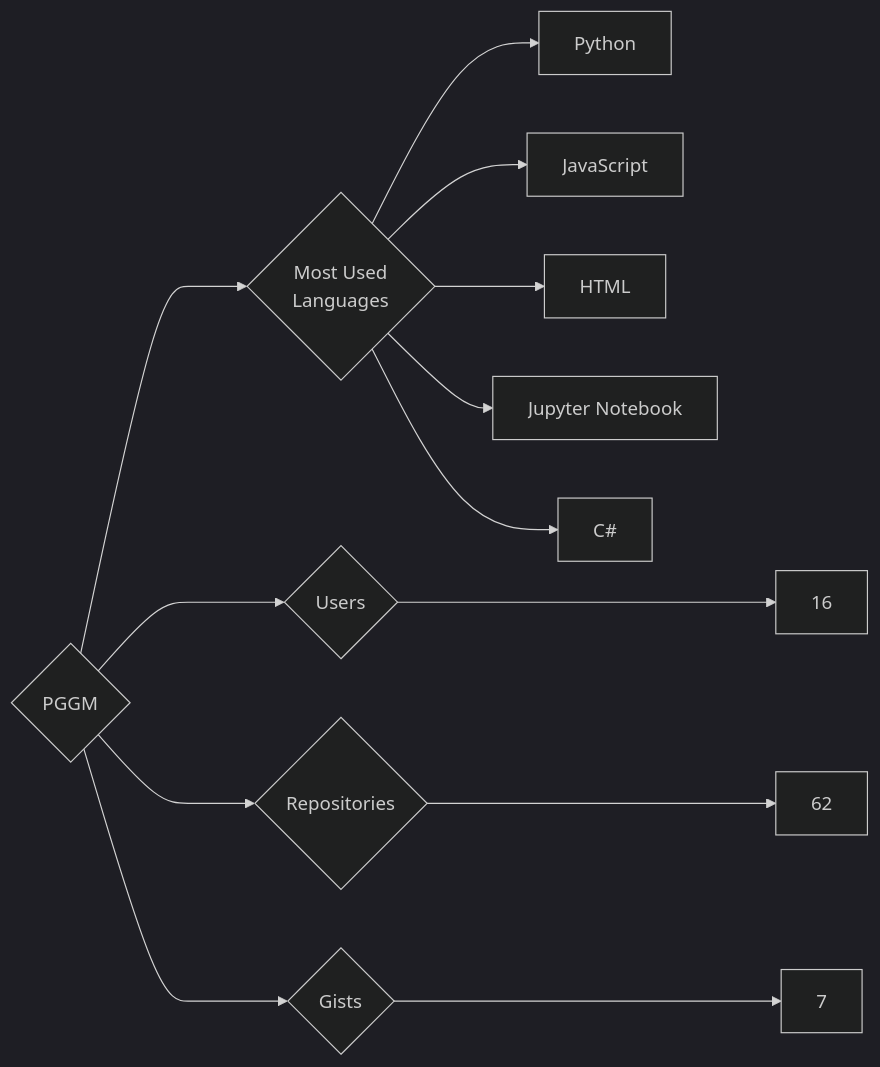
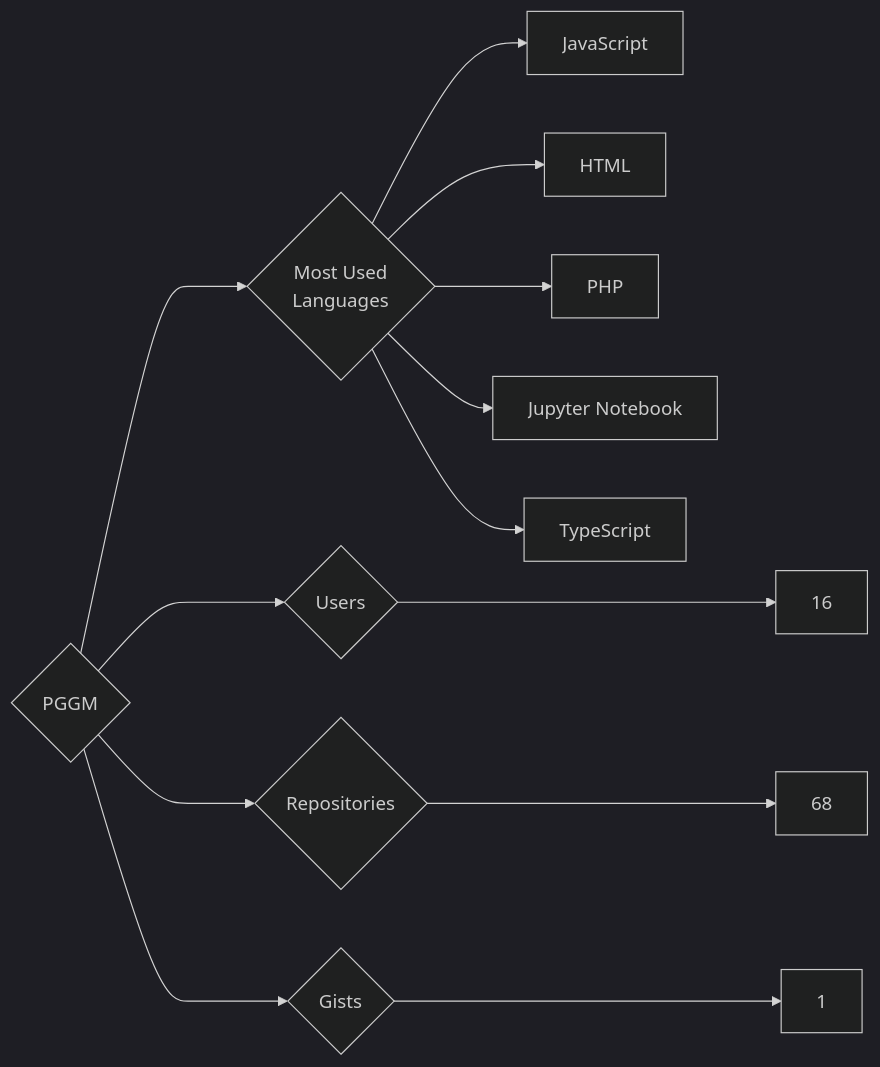
One commit to trickest/insiders changed the diagram in targets/PGGM/README.md. Above: the diagram before and after it, drawn with Mermaid (dark theme). The commit also changed 806 other files, not shown here.

````diff
--- a/targets/PGGM/README.md
+++ b/targets/PGGM/README.md
@@ -3,13 +3,13 @@
 ```mermaid
 graph LR
 COMPANY_NAME{PGGM}
 COMPANY_NAME ---> U{Users} ---> UN[16]
-COMPANY_NAME ---> R{Repositories} ---> RN[62]
-COMPANY_NAME ---> G{Gists} ---> GN[7]
+COMPANY_NAME ---> R{Repositories} ---> RN[68]
+COMPANY_NAME ---> G{Gists} ---> GN[1]
 COMPANY_NAME ---> ML{Most Used<br>Languages}
-ML --> Python[Python]
 ML --> JavaScript[JavaScript]
 ML --> HTML[HTML]
+ML --> PHP[PHP]
 ML --> Jupyter_Notebook[Jupyter Notebook]
-ML --> C#[C#]
+ML --> TypeScript[TypeScript]
 ```
````
